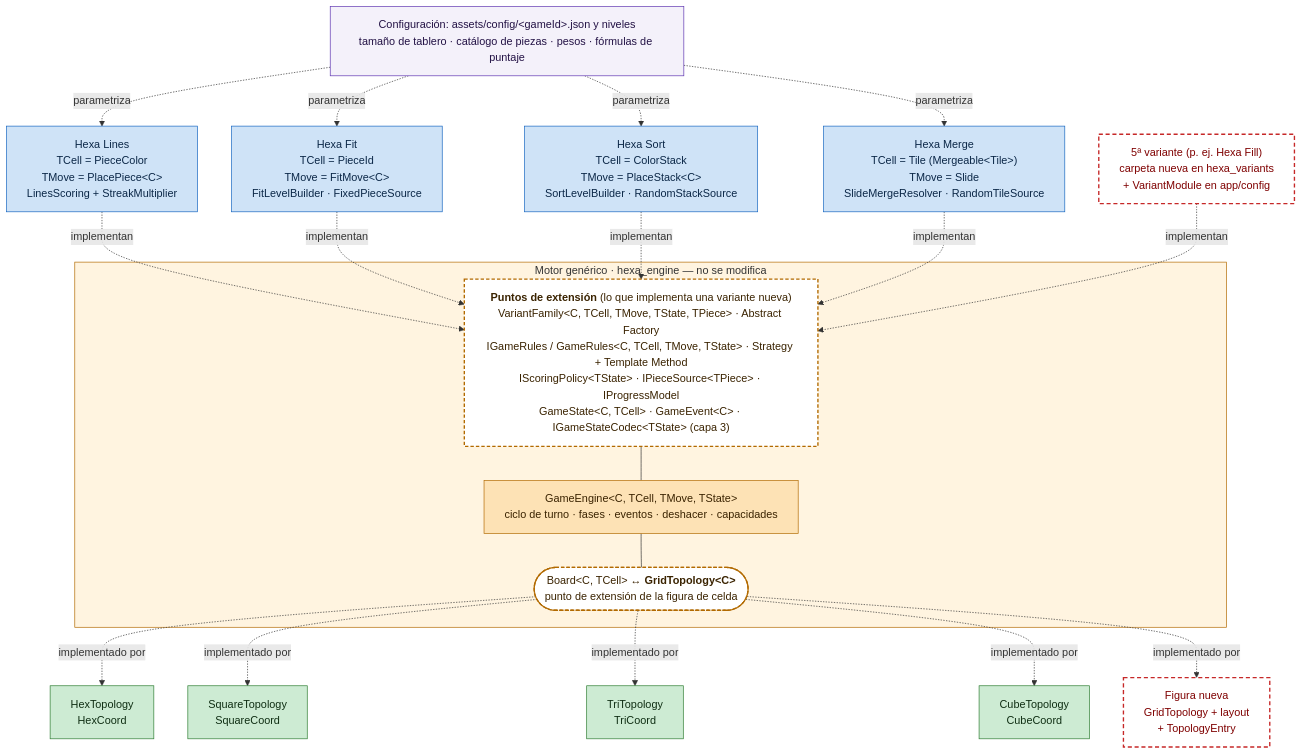
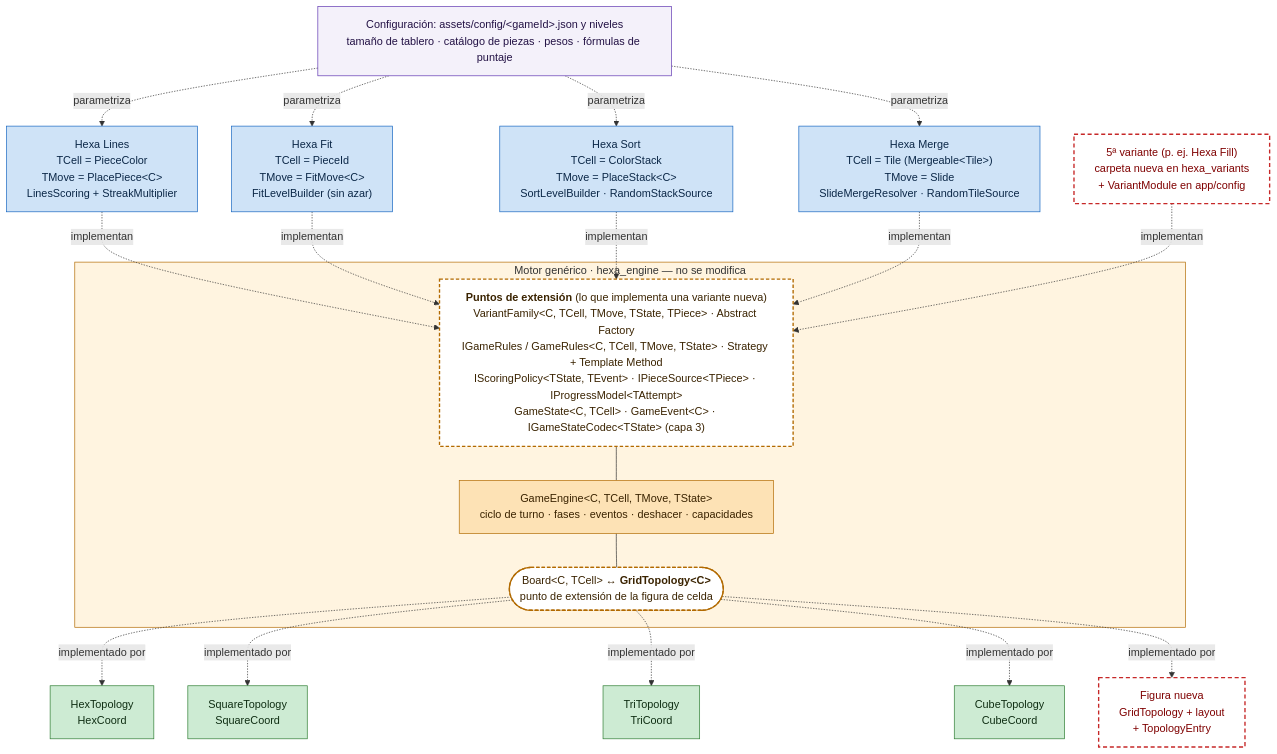
The diagram in docs/diagrams/extensibilidad.mmd (DanielHaro28/hexablock-app), drawn with Mermaid before and after one commit. The commit also changed 9 other files, not shown here.

```diff
--- a/docs/diagrams/extensibilidad.mmd
+++ b/docs/diagrams/extensibilidad.mmd
@@ -1,41 +1,41 @@
 %% Diagrama de extensibilidad de hexablock-app (enunciado §4.3). Acompaña a docs/EXTENSIBILITY.md. Imagen: extensibilidad.png
 %%{init: {"flowchart": {"wrappingWidth": 460}}}%%
 flowchart TB
     CFG["Configuración: assets/config/&lt;gameId&gt;.json y niveles<br/>tamaño de tablero · catálogo de piezas · pesos · fórmulas de puntaje"]
 
     HL["Hexa Lines<br/>TCell = PieceColor<br/>TMove = PlacePiece&lt;C&gt;<br/>LinesScoring + StreakMultiplier"]
-    HF["Hexa Fit<br/>TCell = PieceId<br/>TMove = FitMove&lt;C&gt;<br/>FitLevelBuilder · FixedPieceSource"]
+    HF["Hexa Fit<br/>TCell = PieceId<br/>TMove = FitMove&lt;C&gt;<br/>FitLevelBuilder (sin azar)"]
     HS["Hexa Sort<br/>TCell = ColorStack<br/>TMove = PlaceStack&lt;C&gt;<br/>SortLevelBuilder · RandomStackSource"]
     HM["Hexa Merge<br/>TCell = Tile (Mergeable&lt;Tile&gt;)<br/>TMove = Slide<br/>SlideMergeResolver · RandomTileSource"]
     H5["5ª variante (p. ej. Hexa Fill)<br/>carpeta nueva en hexa_variants<br/>+ VariantModule en app/config"]
 
     subgraph CORE["Motor genérico · hexa_engine — no se modifica"]
-        EXT["<b>Puntos de extensión</b> (lo que implementa una variante nueva)<br/>VariantFamily&lt;C, TCell, TMove, TState, TPiece&gt; · Abstract Factory<br/>IGameRules / GameRules&lt;C, TCell, TMove, TState&gt; · Strategy + Template Method<br/>IScoringPolicy&lt;TState&gt; · IPieceSource&lt;TPiece&gt; · IProgressModel<br/>GameState&lt;C, TCell&gt; · GameEvent&lt;C&gt; · IGameStateCodec&lt;TState&gt; (capa 3)"]
+        EXT["<b>Puntos de extensión</b> (lo que implementa una variante nueva)<br/>VariantFamily&lt;C, TCell, TMove, TState, TPiece&gt; · Abstract Factory<br/>IGameRules / GameRules&lt;C, TCell, TMove, TState&gt; · Strategy + Template Method<br/>IScoringPolicy&lt;TState, TEvent&gt; · IPieceSource&lt;TPiece&gt; · IProgressModel&lt;TAttempt&gt;<br/>GameState&lt;C, TCell&gt; · GameEvent&lt;C&gt; · IGameStateCodec&lt;TState&gt; (capa 3)"]
         ENG["GameEngine&lt;C, TCell, TMove, TState&gt;<br/>ciclo de turno · fases · eventos · deshacer · capacidades"]
         BRD(["Board&lt;C, TCell&gt; ↔ <b>GridTopology&lt;C&gt;</b><br/>punto de extensión de la figura de celda"])
         EXT --- ENG --- BRD
     end
 
     T1["HexTopology<br/>HexCoord"]
     T2["SquareTopology<br/>SquareCoord"]
     T3["TriTopology<br/>TriCoord"]
     T4["CubeTopology<br/>CubeCoord"]
     T5["Figura nueva<br/>GridTopology + layout<br/>+ TopologyEntry"]
 
     CFG -. parametriza .-> HL & HF & HS & HM
     HL & HF & HS & HM & H5 -. implementan .-> EXT
     BRD -. implementado por .-> T1 & T2 & T3 & T4 & T5
 
     classDef core fill:#FDE2B5,stroke:#B26A00,color:#3A2300
     classDef point fill:#FFFFFF,stroke:#B26A00,stroke-width:2px,stroke-dasharray:5 3,color:#3A2300
     classDef variant fill:#CFE3F7,stroke:#1565C0,color:#0B2747
     classDef topo fill:#CDEBD3,stroke:#2E7D32,color:#0F2E13
     classDef future fill:#FFFFFF,stroke:#C62828,stroke-width:2px,stroke-dasharray:6 4,color:#7F0000
     classDef cfg fill:#F4F1FA,stroke:#5E35B1,color:#221144
     class ENG core
     class EXT,BRD point
     class HL,HF,HS,HM variant
     class T1,T2,T3,T4 topo
     class H5,T5 future
     class CFG cfg
     style CORE fill:#FFF4E0,stroke:#B26A00
```
